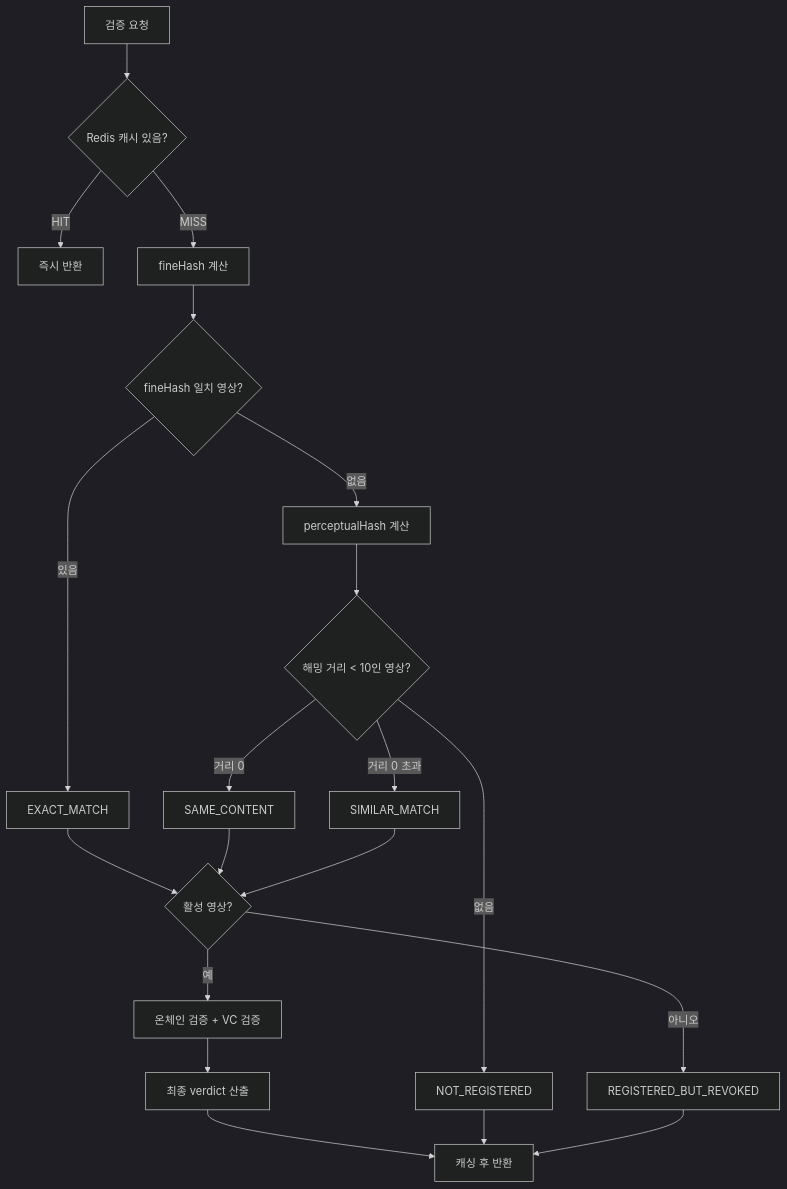
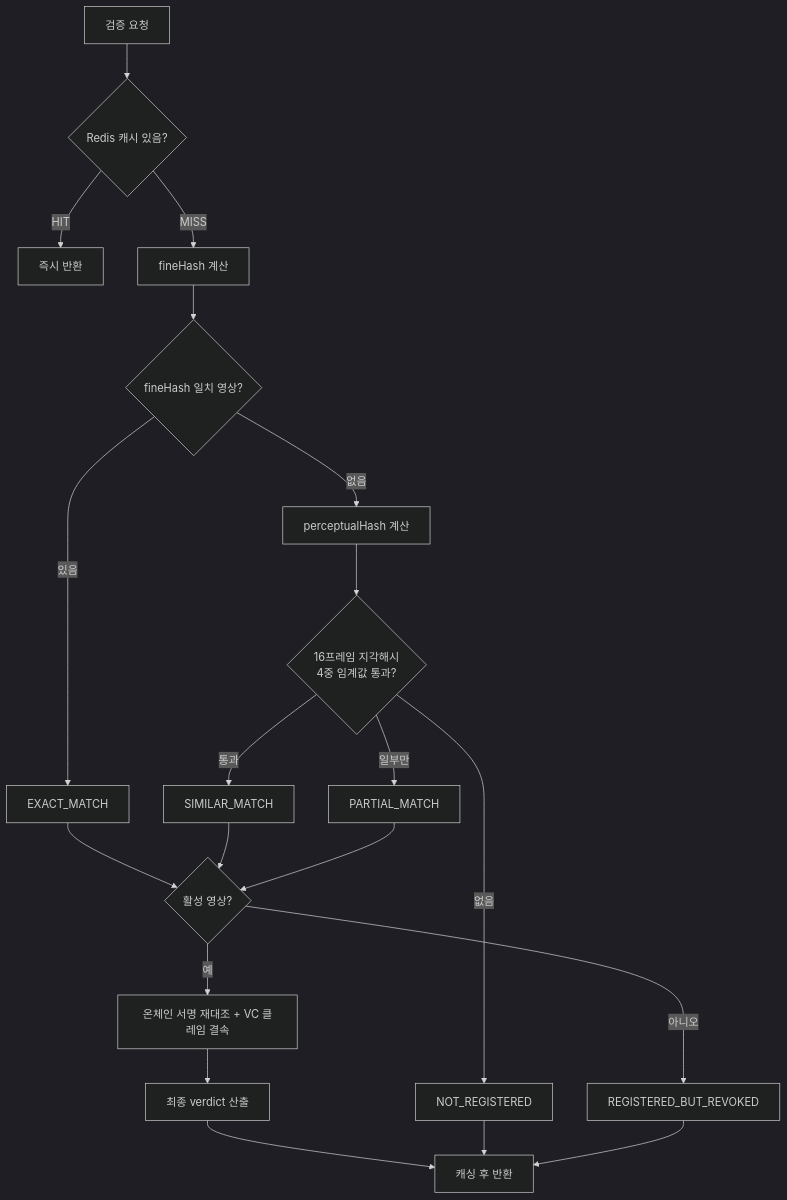
The diagram in dev-center/docs/developers/flows/video-verify.md (2026-hackathon-Jinbon/jinbon-docs), drawn with Mermaid (dark theme) before and after one commit. The commit also changed other lines of this file and 9 other files, not shown here.

````diff
--- a/dev-center/docs/developers/flows/video-verify.md
+++ b/dev-center/docs/developers/flows/video-verify.md
@@ -12,22 +12,22 @@
 ```mermaid
 flowchart TD
   START[검증 요청] --> CACHE{Redis 캐시 있음?}
   CACHE -->|HIT| RET[즉시 반환]
   CACHE -->|MISS| FINE[fineHash 계산]
   FINE --> EXACT{fineHash 일치 영상?}
   EXACT -->|있음| BUILD[EXACT_MATCH]
   EXACT -->|없음| PH[perceptualHash 계산]
-  PH --> SIM{해밍 거리 < 10인 영상?}
+  PH --> SIM{16프레임 지각해시<br/>4중 임계값 통과?}
   SIM -->|없음| NR[NOT_REGISTERED]
-  SIM -->|거리 0| SC[SAME_CONTENT]
-  SIM -->|거리 0 초과| SM[SIMILAR_MATCH]
+  SIM -->|일부만| PM[PARTIAL_MATCH]
+  SIM -->|통과| SM[SIMILAR_MATCH]
   BUILD --> CHECK
-  SC --> CHECK
   SM --> CHECK
+  PM --> CHECK
   CHECK{활성 영상?} -->|아니오| REV[REGISTERED_BUT_REVOKED]
-  CHECK -->|예| BC[온체인 검증 + VC 검증]
+  CHECK -->|예| BC[온체인 서명 재대조 + VC 클레임 결속]
   BC --> FINAL[최종 verdict 산출]
   FINAL --> CACHE2[캐싱 후 반환]
   NR --> CACHE2
   REV --> CACHE2
 ```
````
